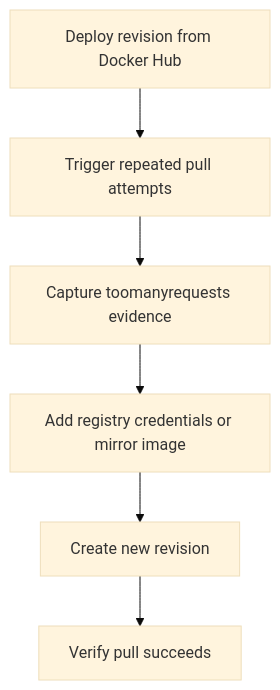
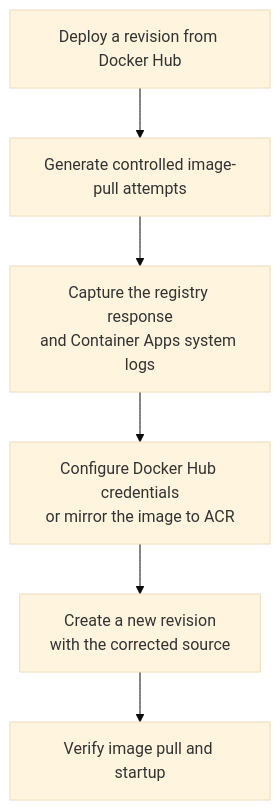
The diagram in docs/troubleshooting/lab-guides/docker-hub-rate-limit.md (yeongseon/azure-container-apps-practical-guide), drawn with Mermaid (base theme) before and after one commit. The commit also changed other lines of this file and 19 other files, not shown here.

First line of the commit message:
docs(diagrams): migrate remaining troubleshooting diagrams (#629)

````diff
--- a/docs/troubleshooting/lab-guides/docker-hub-rate-limit.md
+++ b/docs/troubleshooting/lab-guides/docker-hub-rate-limit.md
@@ -52,8 +52,18 @@
 ```mermaid
 flowchart TD
-    A[Deploy revision from Docker Hub] --> B[Trigger repeated pull attempts]
-    B --> C[Capture toomanyrequests evidence]
-    C --> D[Add registry credentials or mirror image]
-    D --> E[Create new revision]
-    E --> F[Verify pull succeeds]
+    accTitle: Test recovery from a Docker Hub rate-limit response
+    accDescr: Capture the registry response for an anonymous Docker Hub image pull, change the pull path to authenticated Docker Hub or a controlled registry, and verify a new revision.
+
+    DEPLOY[Deploy a revision from Docker Hub]
+    PULLS[Generate controlled image-pull attempts]
+    EVIDENCE[Capture the registry response<br/>and Container Apps system logs]
+    REMEDIATE[Configure Docker Hub credentials<br/>or mirror the image to ACR]
+    RETRY[Create a new revision<br/>with the corrected source]
+    VERIFY[Verify image pull and startup]
+
+    DEPLOY --> PULLS
+    PULLS --> EVIDENCE
+    EVIDENCE --> REMEDIATE
+    REMEDIATE --> RETRY
+    RETRY --> VERIFY
 ```
````
